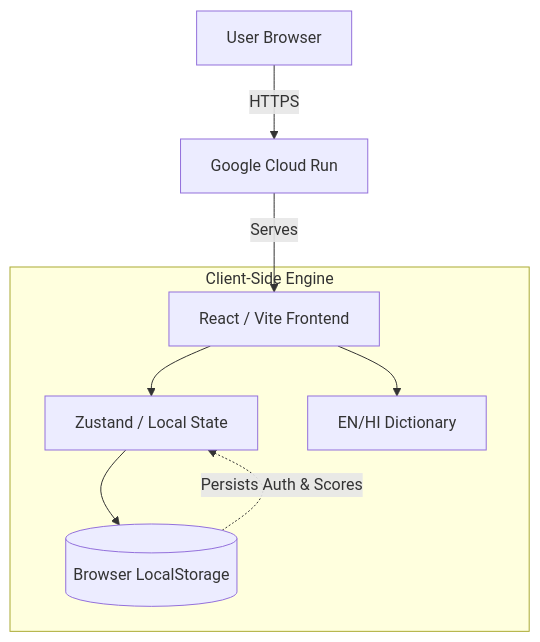
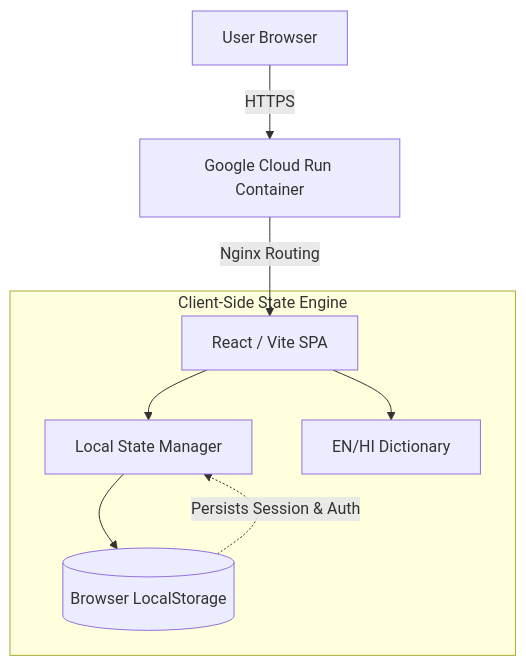
One commit to Viswanathan49/carbon-awareness-platform changed the diagram in README.md. Above: the diagram before and after it, drawn with Mermaid. The commit also changed other lines of this file, not shown here.

Commit message:
docs: overhaul README with advanced layout and Mermaid architecture

````diff
--- a/README.md
+++ b/README.md
@@ -21,12 +37,12 @@
 ```mermaid
 graph TD;
-    Client[User Browser] -->|HTTPS| CDN[Google Cloud Run];
-    CDN -->|Serves| UI[React / Vite Frontend];
+    Client[User Browser] -->|HTTPS| CDN[Google Cloud Run Container];
+    CDN -->|Nginx Routing| UI[React / Vite SPA];
     
-    subgraph Client-Side Engine
-    UI --> State[Zustand / Local State];
+    subgraph Client-Side State Engine
+    UI --> State[Local State Manager];
     UI --> I18n[EN/HI Dictionary];
     State --> Storage[(Browser LocalStorage)];
-    Storage -.->|Persists Auth & Scores| State;
+    Storage -.->|Persists Session & Auth| State;
     end
 ```
````
